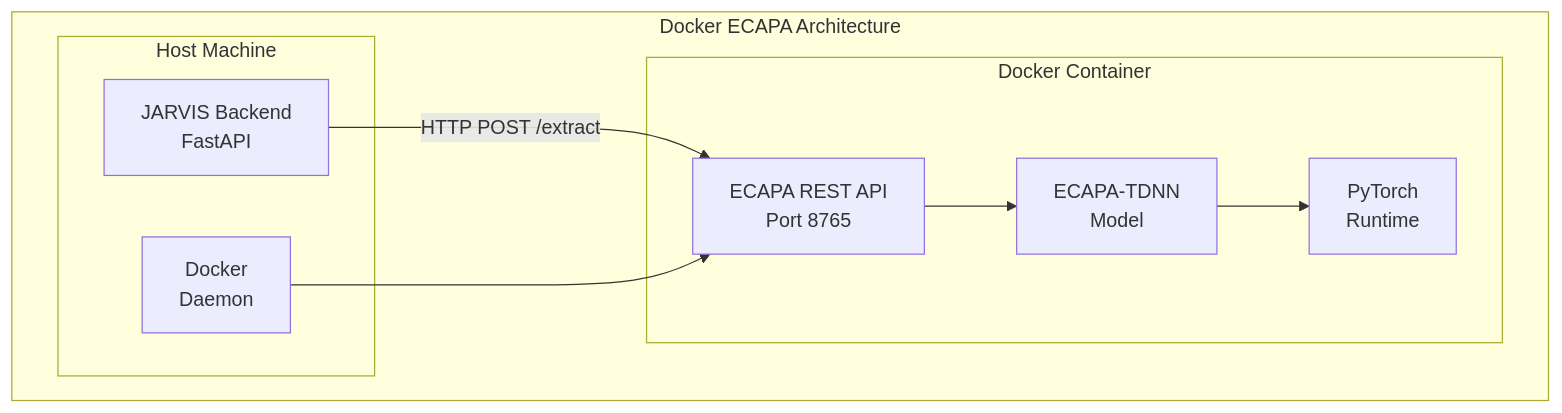
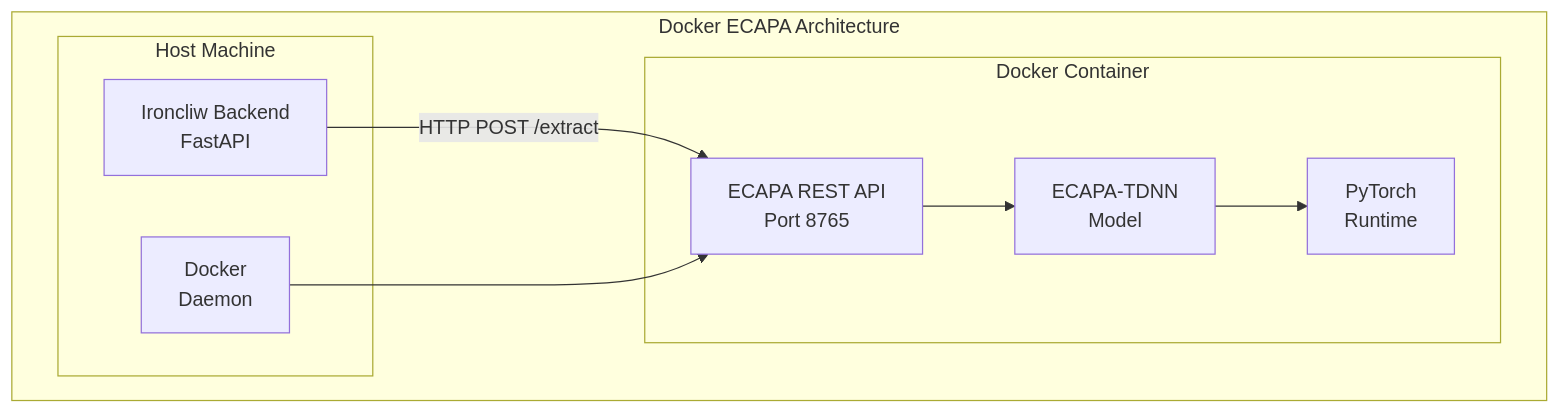
Diagram 12 of 16 in VOICE_BIOMETRIC_INTELLIGENCE_ARCHITECTURE.md (nandkishorrathodk-art/Ironcliw-ai), drawn with Mermaid before and after one commit. The commit also changed other lines of this file and 2439 other files, not shown here.

````diff
--- a/VOICE_BIOMETRIC_INTELLIGENCE_ARCHITECTURE.md
+++ b/VOICE_BIOMETRIC_INTELLIGENCE_ARCHITECTURE.md
@@ -896,21 +896,21 @@
 ```mermaid
 flowchart TB
     subgraph "Docker ECAPA Architecture"
 subgraph "Host Machine"
-JARVIS[JARVIS Backend<br/>FastAPI]
+Ironcliw[Ironcliw Backend<br/>FastAPI]
 DOCKER[Docker <br/>Daemon]
 end
 
 subgraph "Docker Container"
 ECAPA_API[ECAPA REST API<br/>Port 8765]
 ECAPA_MODEL[ECAPA-TDNN<br/>Model]
 TORCH[PyTorch<br/>Runtime]
 end
 
-JARVIS -->|HTTP POST /extract| ECAPA_API
+Ironcliw -->|HTTP POST /extract| ECAPA_API
 ECAPA_API --> ECAPA_MODEL
 ECAPA_MODEL --> TORCH
 
 DOCKER --> ECAPA_API
     end
 ```
````
